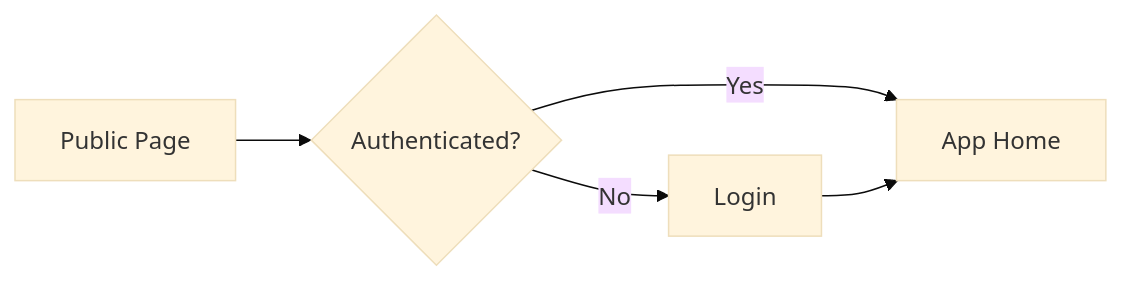
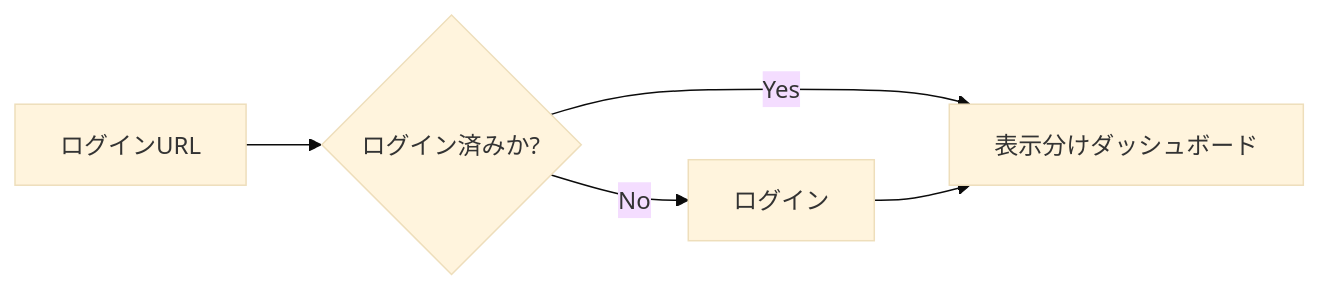
Before and after one commit to Gypsophila1912/rejogi-app: the second of 8 diagrams in 03_screen-flow_md.md, drawn with Mermaid (base theme). The commit also changed other lines of this file and 7 other files, not shown here.

````diff
--- a/03_screen-flow_md.md
+++ b/03_screen-flow_md.md
@@ -59,12 +68,13 @@
 ```mermaid
 flowchart LR
-    Public[Public Page]
-    AuthCheck{Authenticated?}
-    Login[Login]
-    App[App Home]
+　　
+    URL[ログインURL]
+    AuthCheck{ログイン済みか?}
+    Login[ログイン]
+    App[表示分けダッシュボード]
 
-    Public --> AuthCheck
+    URL --> AuthCheck
     AuthCheck -- No --> Login
     AuthCheck -- Yes --> App
     Login --> App
 ```
````
